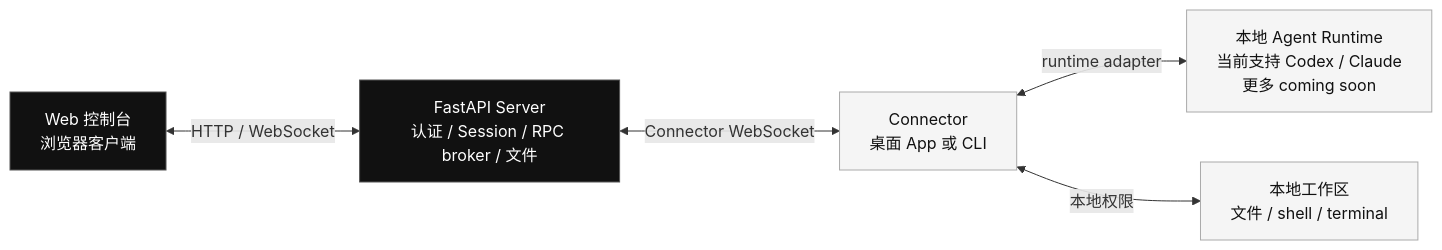
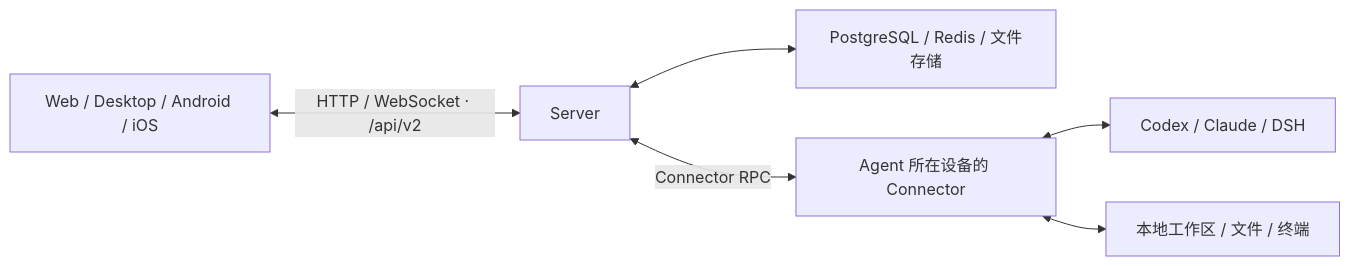
The diagram in README.md (anywhere-labs/Agents-Anywhere), drawn with Mermaid before and after one commit. The commit also changed other lines of this file and 20 other files, not shown here.

````diff
--- a/README.md
+++ b/README.md
@@ -134,18 +65,8 @@
 ```mermaid
 flowchart LR
-    Web["Web 控制台<br/>浏览器客户端"]
-    Server["FastAPI Server<br/>认证 / Session / RPC broker / 文件"]
-    Connector["Connector<br/>桌面 App 或 CLI"]
-    Runtime["本地 Agent Runtime<br/>当前支持 Codex / Claude<br/>更多 coming soon"]
-    Workspace["本地工作区<br/>文件 / shell / terminal"]
-
-    Web <-->|HTTP / WebSocket| Server
-    Server <-->|Connector WebSocket| Connector
-    Connector <-->|runtime adapter| Runtime
-    Connector <-->|本地权限| Workspace
-
-    classDef primary fill:#111,stroke:#555,color:#fff;
-    classDef local fill:#f5f5f5,stroke:#aaa,color:#111;
-    class Web,Server primary;
-    class Connector,Runtime,Workspace local;
+    Clients["Web / Desktop / Android / iOS"] <-->|"HTTP / WebSocket · /api/v2"| Server["Server"]
+    Server <--> Storage["PostgreSQL / Redis / 文件存储"]
+    Server <-->|"Connector RPC"| Connector["Agent 所在设备的 Connector"]
+    Connector <--> Runtime["Codex / Claude / DSH"]
+    Connector <--> Workspace["本地工作区 / 文件 / 终端"]
 ```
````
